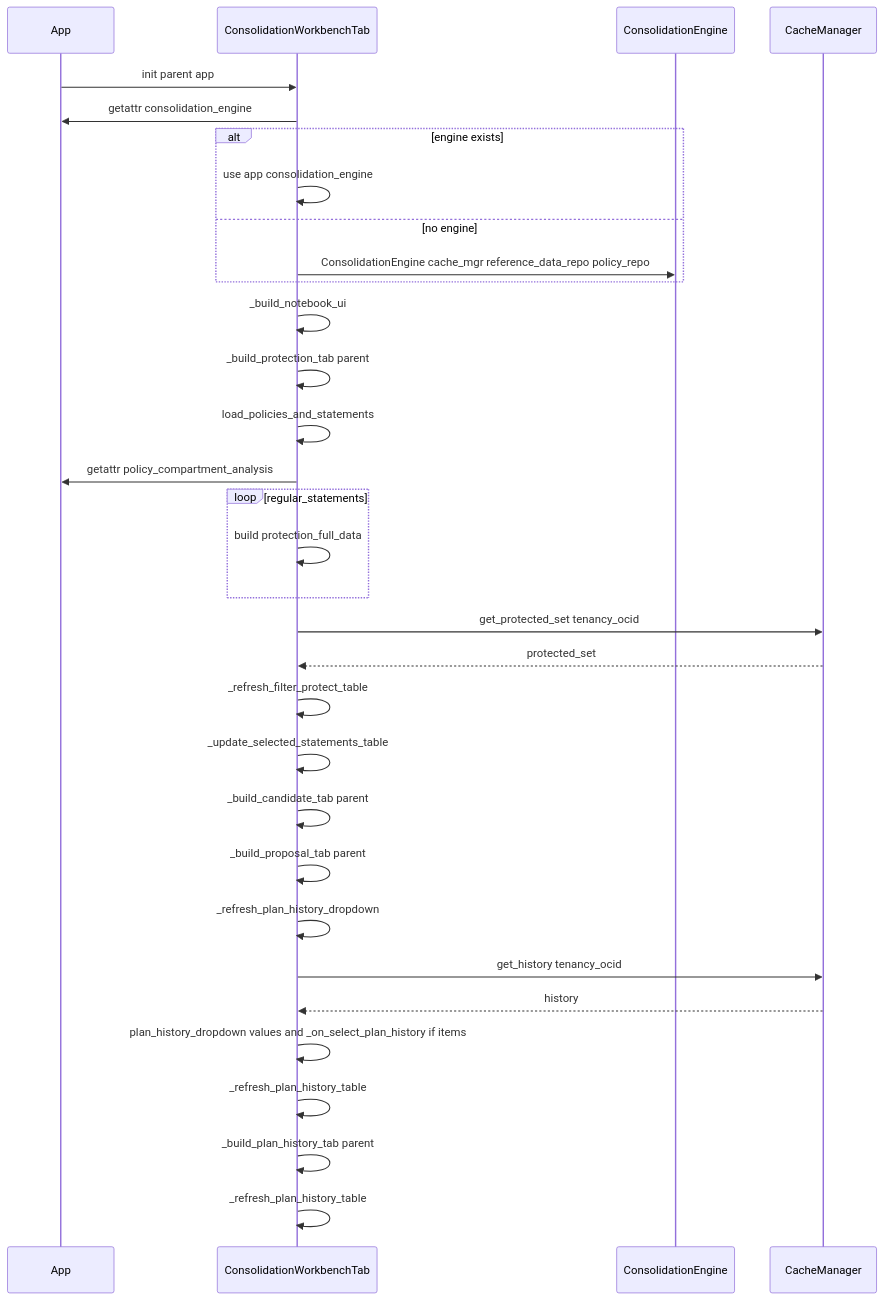
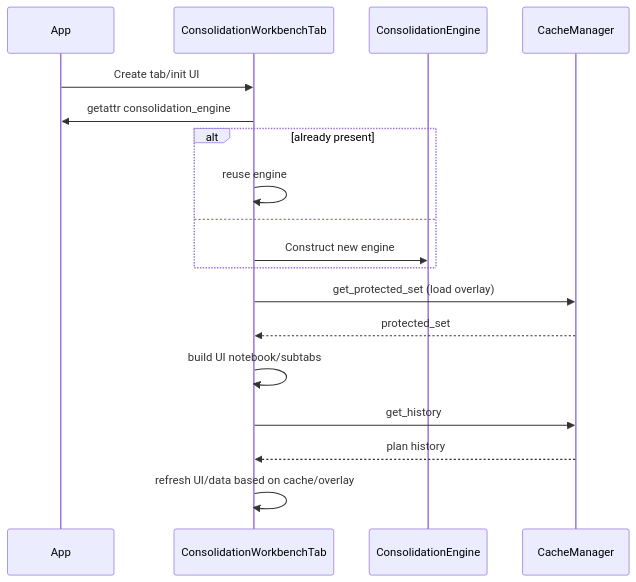
The ninth of 12 diagrams in docs/context/project/CONTEXT_policy_consolidation.md (agregory999/oci-policy-analysis), drawn with Mermaid before and after one commit. The commit also changed other lines of this file and 24 other files, not shown here.

````diff
--- a/docs/context/project/CONTEXT_policy_consolidation.md
+++ b/docs/context/project/CONTEXT_policy_consolidation.md
@@ -222,35 +377,21 @@
 ```mermaid
 sequenceDiagram
     participant App
     participant Workbench as ConsolidationWorkbenchTab
     participant Engine as ConsolidationEngine
     participant Cache as CacheManager
 
-    App->>Workbench: init parent app
+    App->>Workbench: Create tab/init UI
     Workbench->>App: getattr consolidation_engine
-    alt engine exists
-        Workbench->>Workbench: use app consolidation_engine
-    else no engine
-        Workbench->>Engine: ConsolidationEngine cache_mgr reference_data_repo policy_repo
+    alt already present
+        Workbench->>Workbench: reuse engine
+    else
+        Workbench->>Engine: Construct new engine
     end
-    Workbench->>Workbench: _build_notebook_ui
-    Workbench->>Workbench: _build_protection_tab parent
-    Workbench->>Workbench: load_policies_and_statements
-    Workbench->>App: getattr policy_compartment_analysis
-    loop regular_statements
-        Workbench->>Workbench: build protection_full_data
-    end
-    Workbench->>Cache: get_protected_set tenancy_ocid
+    Workbench->>Cache: get_protected_set (load overlay)
     Cache-->>Workbench: protected_set
-    Workbench->>Workbench: _refresh_filter_protect_table
-    Workbench->>Workbench: _update_selected_statements_table
-    Workbench->>Workbench: _build_candidate_tab parent
-    Workbench->>Workbench: _build_proposal_tab parent
-    Workbench->>Workbench: _refresh_plan_history_dropdown
-    Workbench->>Cache: get_history tenancy_ocid
-    Cache-->>Workbench: history
-    Workbench->>Workbench: plan_history_dropdown values and _on_select_plan_history if items
-    Workbench->>Workbench: _refresh_plan_history_table
-    Workbench->>Workbench: _build_plan_history_tab parent
-    Workbench->>Workbench: _refresh_plan_history_table
+    Workbench->>Workbench: build UI notebook/subtabs
+    Workbench->>Cache: get_history
+    Cache-->>Workbench: plan history
+    Workbench->>Workbench: refresh UI/data based on cache/overlay
 ```
````
